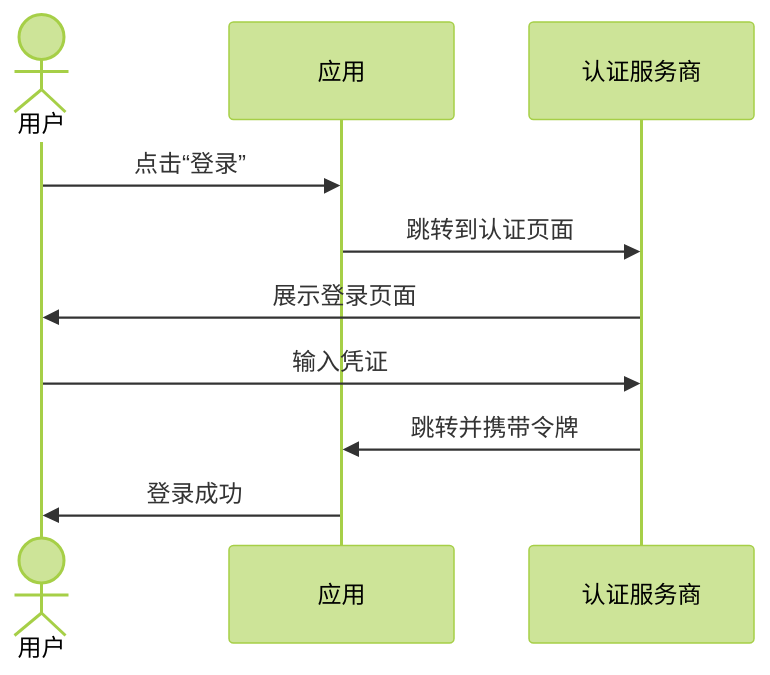
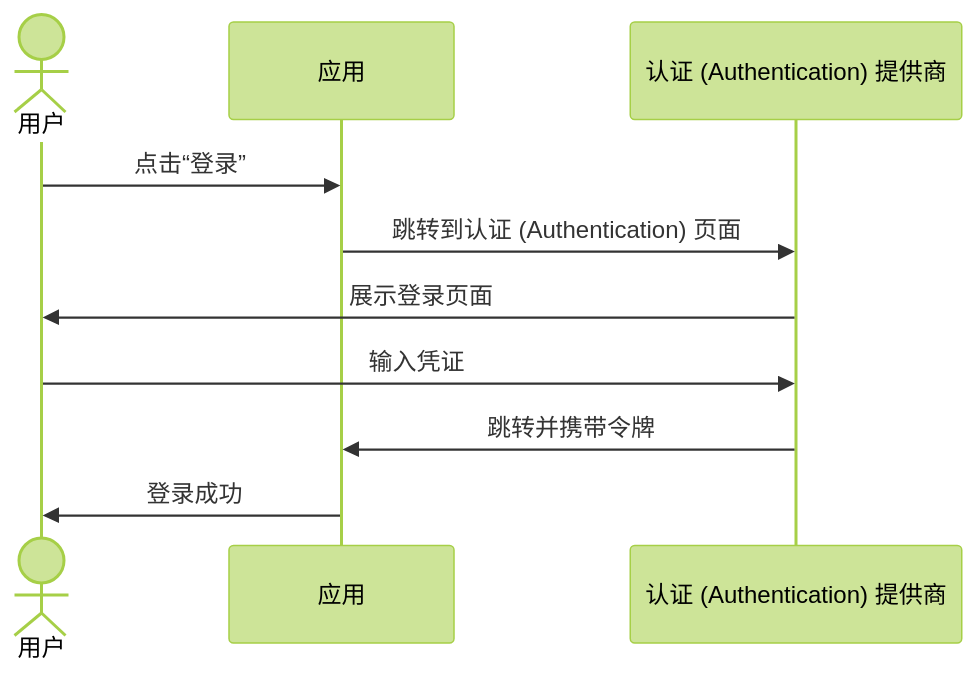
One commit to logto-io/docs changed the first of 7 diagrams in i18n/zh-CN/docusaurus-plugin-content-docs/current/use-cases/multi-tenancy/build-multi-tenant-saas-application.mdx. Above: the diagram before and after it, drawn with Mermaid (forest theme). The commit also changed other lines of this file and 666 other files, not shown here.

````diff
--- a/i18n/zh-CN/docusaurus-plugin-content-docs/current/use-cases/multi-tenancy/build-multi-tenant-saas-application.mdx
+++ b/i18n/zh-CN/docusaurus-plugin-content-docs/current/use-cases/multi-tenancy/build-multi-tenant-saas-application.mdx
@@ -186,13 +186,13 @@
 ```mermaid
 sequenceDiagram
   actor u as 用户
   participant a as 应用
-  participant auth as 认证服务商
+  participant auth as 认证 (Authentication) 提供商
 
   u->>a: 点击“登录”
-  a->>auth: 跳转到认证页面
+  a->>auth: 跳转到认证 (Authentication) 页面
   auth->>u: 展示登录页面
   u->>auth: 输入凭证
   auth->>a: 跳转并携带令牌
   a->>u: 登录成功
 ```
````
